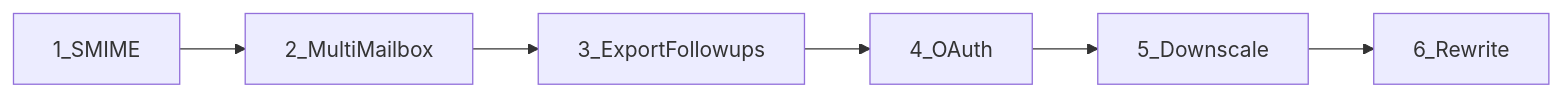
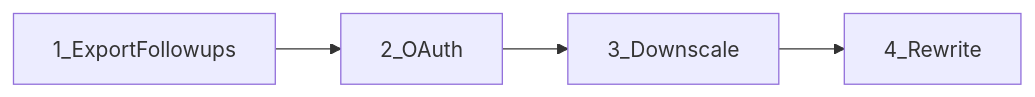
Before and after one commit to mixeme/imap-scrub: the diagram in docs/ROADMAP_PLAN.md, drawn with Mermaid. The commit also changed other lines of this file, not shown here.

First line of the commit message:
docs: mark S/MIME + multi-mailbox phases as shipped in roadmap (#18)

````diff
--- a/docs/ROADMAP_PLAN.md
+++ b/docs/ROADMAP_PLAN.md
@@ -5,8 +5,6 @@
 ```mermaid
 flowchart LR
-  smime[1_SMIME] --> multi[2_MultiMailbox]
-  multi --> export[3_ExportFollowups]
-  export --> oauth[4_OAuth]
-  oauth --> downscale[5_Downscale]
-  downscale --> rewrite[6_Rewrite]
+  export[1_ExportFollowups] --> oauth[2_OAuth]
+  oauth --> downscale[3_Downscale]
+  downscale --> rewrite[4_Rewrite]
 ```
````
